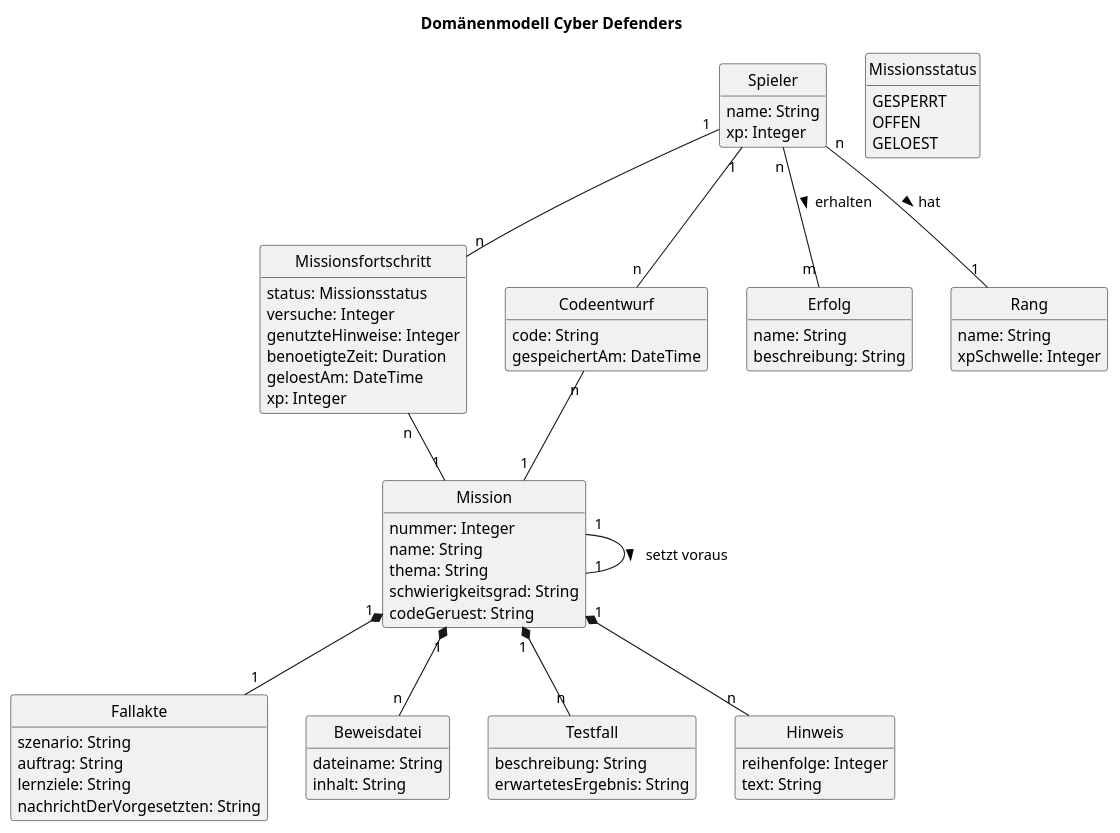
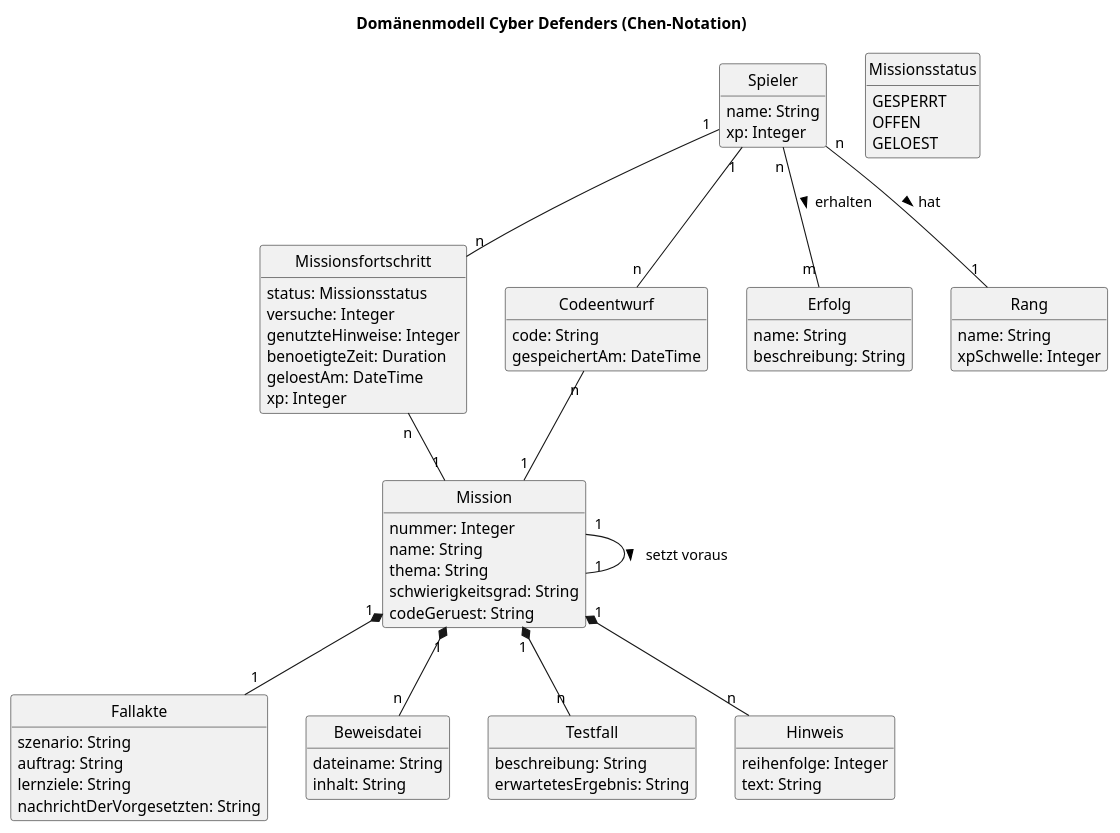
One commit to Cyber-Defenders-4/Cyber-Defenders changed the diagram in docs/diagrams/domain_model.puml. Above: the diagram before and after it, drawn with PlantUML. The commit also changed 4 other files, not shown here.

Commit message:
Domänenmodell zusätzlich in Min-Max-Notation

```diff
--- a/docs/diagrams/domain_model.puml
+++ b/docs/diagrams/domain_model.puml
@@ -1,79 +1,79 @@
 @startuml domain_model
 ' Domaenenmodell Cyber Defenders (docs/domain_model.md)
 ' Autoren: siehe docs/domain_model.md
 ' Kardinalitaeten in Chen-Notation (1, n, m)
-title Domänenmodell Cyber Defenders
+title Domänenmodell Cyber Defenders (Chen-Notation)
 skinparam shadowing false
 skinparam defaultFontName Arial
 skinparam classAttributeIconSize 0
 hide empty methods
 hide circle
 
 class Spieler {
   name: String
   xp: Integer
 }
 class Mission {
   nummer: Integer
   name: String
   thema: String
   schwierigkeitsgrad: String
   codeGeruest: String
 }
 class Fallakte {
   szenario: String
   auftrag: String
   lernziele: String
   nachrichtDerVorgesetzten: String
 }
 class Beweisdatei {
   dateiname: String
   inhalt: String
 }
 class Testfall {
   beschreibung: String
   erwartetesErgebnis: String
 }
 class Hinweis {
   reihenfolge: Integer
   text: String
 }
 class Missionsfortschritt {
   status: Missionsstatus
   versuche: Integer
   genutzteHinweise: Integer
   benoetigteZeit: Duration
   geloestAm: DateTime
   xp: Integer
 }
 class Codeentwurf {
   code: String
   gespeichertAm: DateTime
 }
 class Erfolg {
   name: String
   beschreibung: String
 }
 enum Missionsstatus {
   GESPERRT
   OFFEN
   GELOEST
 }
 class Rang {
   name: String
   xpSchwelle: Integer
 }
 
 Mission "1" *-- "1" Fallakte
 Mission "1" *-- "n" Beweisdatei
 Mission "1" *-- "n" Testfall
 Mission "1" *-- "n" Hinweis
 Mission "1" -- "1" Mission : setzt voraus >
 
 Spieler "1" -- "n" Missionsfortschritt
 Missionsfortschritt "n" -- "1" Mission
 Spieler "1" -- "n" Codeentwurf
 Codeentwurf "n" -- "1" Mission
 Spieler "n" -- "m" Erfolg : erhalten >
 Spieler "n" -- "1" Rang : hat >
 @enduml
```
